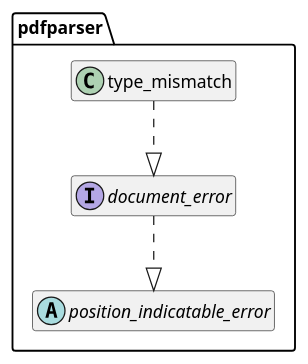
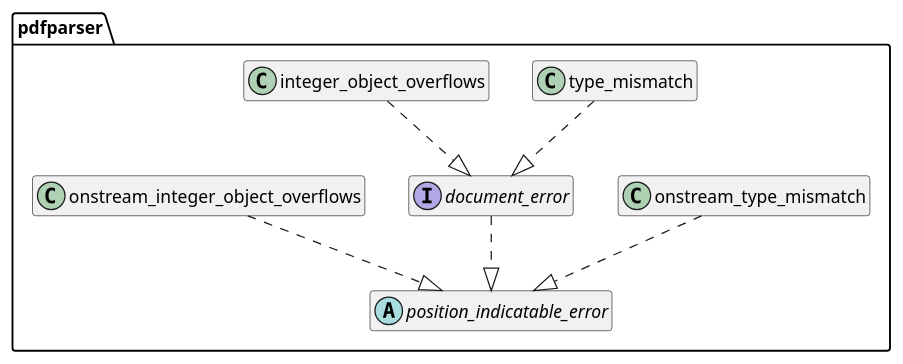
Before and after one commit to KodaiYM/PDFReader: the diagram in document/document_reader/ipdfstream/object_types/object_types_errors.class.pu, drawn with PlantUML. The commit also changed 28 other files, not shown here.

```diff
--- a/document/document_reader/ipdfstream/object_types/object_types_errors.class.pu
+++ b/document/document_reader/ipdfstream/object_types/object_types_errors.class.pu
@@ -1,11 +1,20 @@
 @startuml object_types_errors
 hide empty members
 namespace pdfparser {
 class type_mismatch {}
 type_mismatch ..|> document_error
 
+class onstream_type_mismatch {}
+onstream_type_mismatch ..|> position_indicatable_error
+
+class integer_object_overflows {}
+integer_object_overflows ..|> document_error
+
+class onstream_integer_object_overflows {}
+onstream_integer_object_overflows ..|> position_indicatable_error
+
 abstract position_indicatable_error {}
 interface document_error {}
 document_error ..|> position_indicatable_error
 }
 @enduml
```
